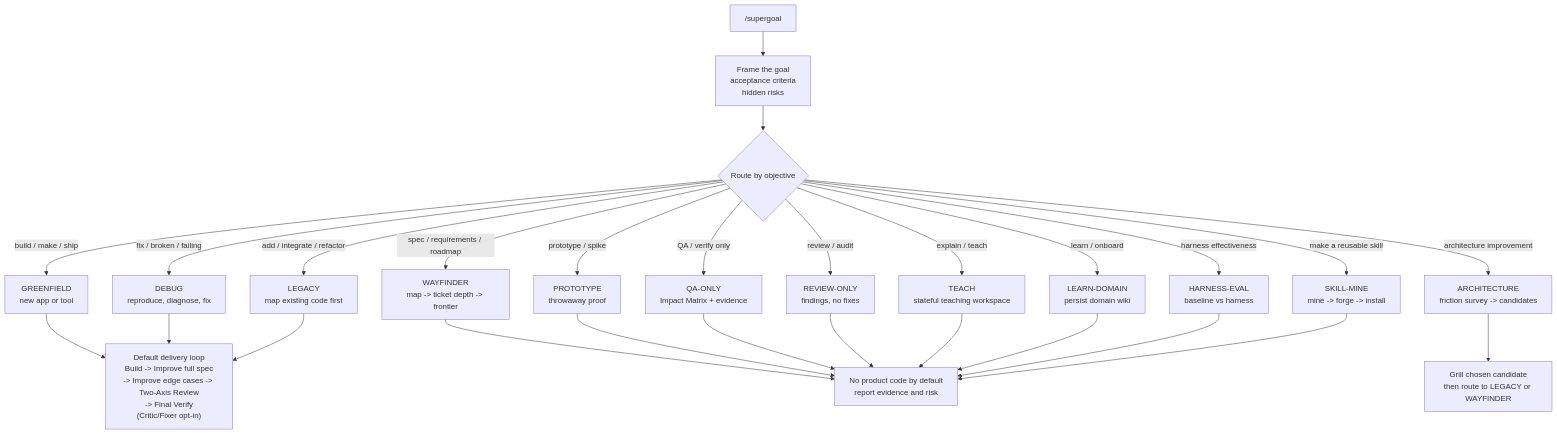
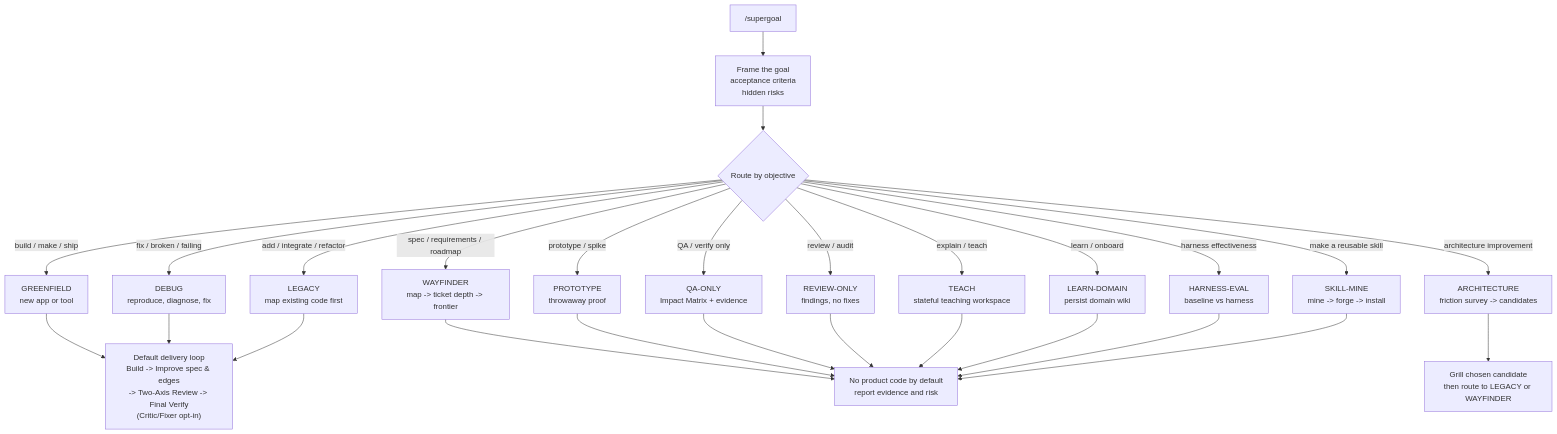
One commit to cskwork/supergoal-skill changed the diagram in README.md. Above: the diagram before and after it, drawn with Mermaid. The commit also changed other lines of this file and 15 other files, not shown here.

Commit message:
refactor: merge improve spec and edge checks

````diff
--- a/README.md
+++ b/README.md
@@ -70,33 +70,33 @@
 ```mermaid
 flowchart TD
     A["/supergoal <one heavy objective>"] --> B["Frame the goal<br/>acceptance criteria<br/>hidden risks"]
     B --> C{"Route by objective"}
 
     C -->|"build / make / ship"| GREENFIELD["GREENFIELD<br/>new app or tool"]
     C -->|"fix / broken / failing"| DEBUG["DEBUG<br/>reproduce, diagnose, fix"]
     C -->|"add / integrate / refactor"| LEGACY["LEGACY<br/>map existing code first"]
     C -->|"spec / requirements / roadmap"| WAYFINDER["WAYFINDER<br/>map -> ticket depth -> frontier"]
     C -->|"prototype / spike"| PROTOTYPE["PROTOTYPE<br/>throwaway proof"]
     C -->|"QA / verify only"| QAONLY["QA-ONLY<br/>Impact Matrix + evidence"]
     C -->|"review / audit"| REVIEW["REVIEW-ONLY<br/>findings, no fixes"]
     C -->|"architecture improvement"| ARCHITECTURE["ARCHITECTURE<br/>friction survey -> candidates"]
     C -->|"explain / teach"| TEACH["TEACH<br/>stateful teaching workspace"]
     C -->|"learn / onboard"| LEARN["LEARN-DOMAIN<br/>persist domain wiki"]
     C -->|"harness effectiveness"| HARNESS["HARNESS-EVAL<br/>baseline vs harness"]
     C -->|"make a reusable skill"| SKILLMINE["SKILL-MINE<br/>mine -> forge -> install"]
 
-    GREENFIELD --> LOOP["Default delivery loop<br/>Build -> Improve full spec<br/>-> Improve edge cases -> Two-Axis Review<br/>-> Final Verify<br/>(Critic/Fixer opt-in)"]
+    GREENFIELD --> LOOP["Default delivery loop<br/>Build -> Improve spec & edges<br/>-> Two-Axis Review -> Final Verify<br/>(Critic/Fixer opt-in)"]
     DEBUG --> LOOP
     LEGACY --> LOOP
 
     WAYFINDER --> REPORT
     PROTOTYPE --> REPORT
     ARCHITECTURE --> PICK["Grill chosen candidate<br/>then route to LEGACY or WAYFINDER"]
 
     QAONLY --> REPORT["No product code by default<br/>report evidence and risk"]
     REVIEW --> REPORT
     TEACH --> REPORT
     LEARN --> REPORT
     HARNESS --> REPORT
     SKILLMINE --> REPORT
 ```
````
